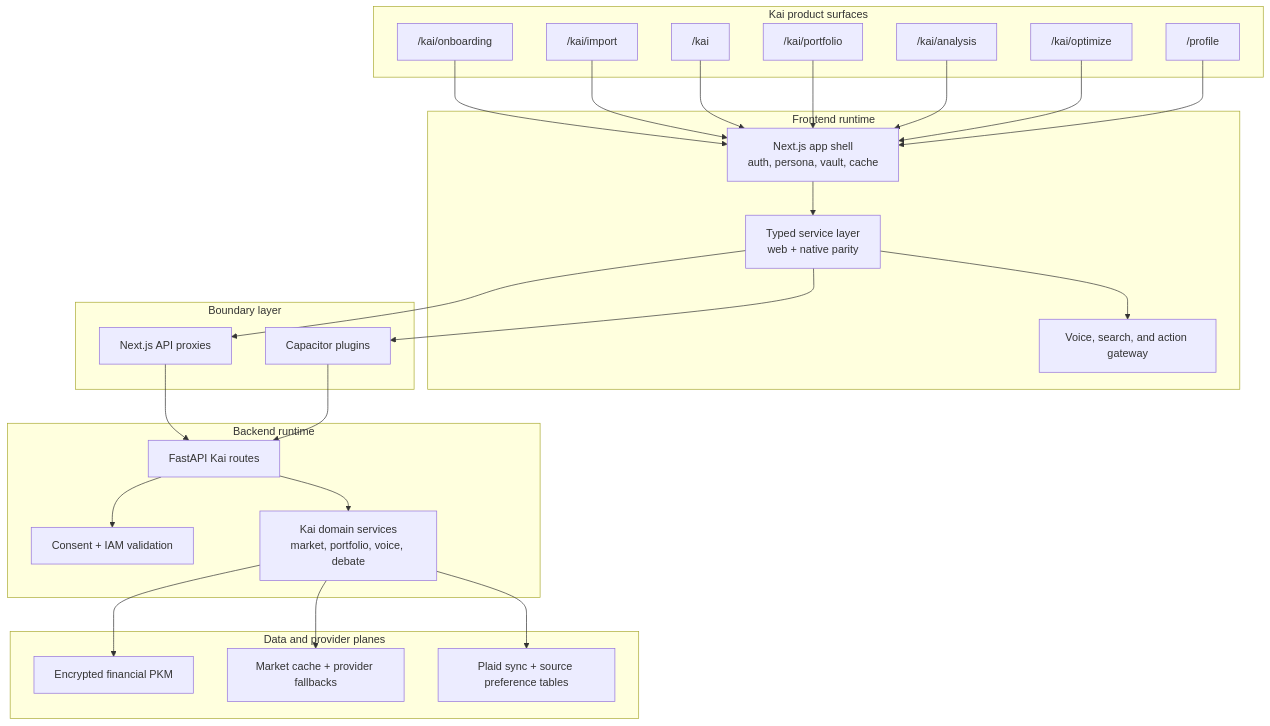
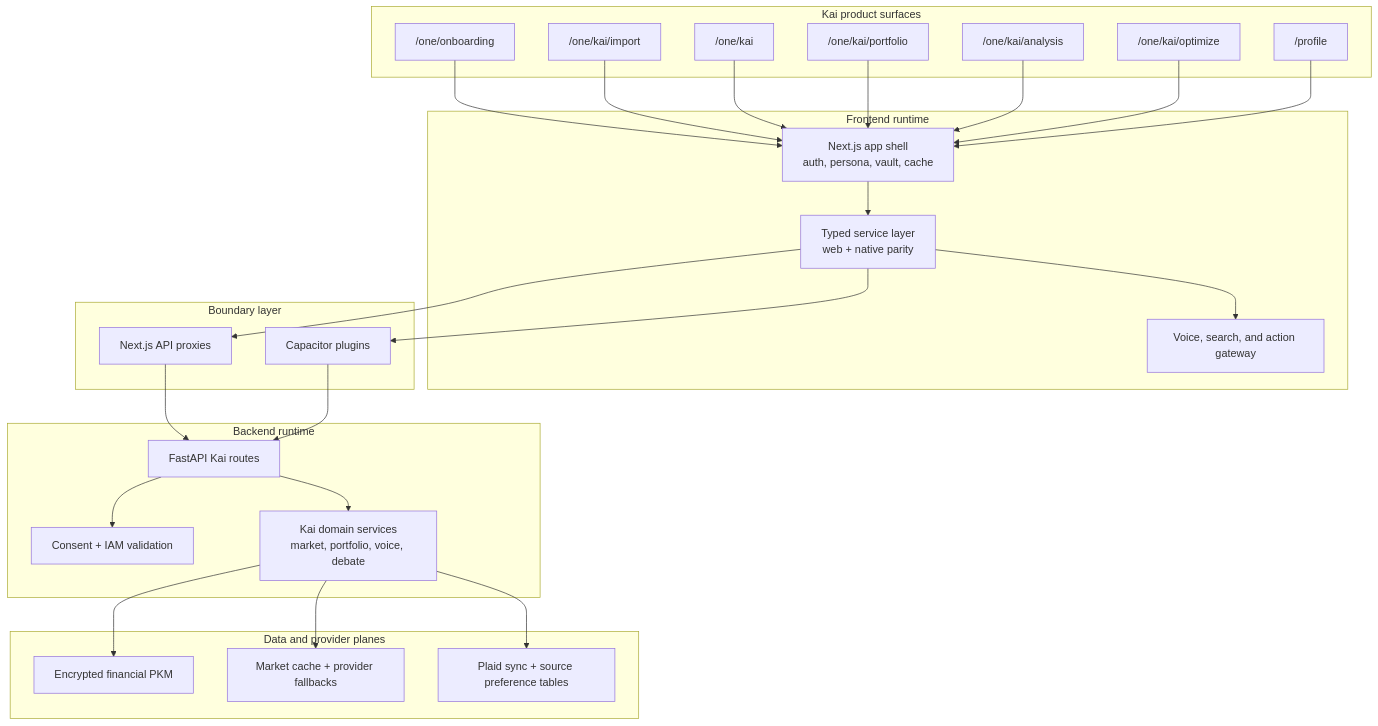
Before and after one commit to KARTHI-77/hushh-research: the diagram in docs/reference/kai/kai-architecture-specification-v1.md, drawn with Mermaid. The commit also changed other lines of this file and 99 other files, not shown here.

Commit message:
Refine One onboarding and data surfaces

````diff
--- a/docs/reference/kai/kai-architecture-specification-v1.md
+++ b/docs/reference/kai/kai-architecture-specification-v1.md
@@ -7,53 +7,53 @@
 ```mermaid
 flowchart TB
   subgraph surfaces["Kai product surfaces"]
-    onboarding["/kai/onboarding"]
-    import["/kai/import"]
-    home["/kai"]
-    portfolio["/kai/portfolio"]
-    analysis["/kai/analysis"]
-    optimize["/kai/optimize"]
+    onboarding["/one/onboarding"]
+    import["/one/kai/import"]
+    home["/one/kai"]
+    portfolio["/one/kai/portfolio"]
+    analysis["/one/kai/analysis"]
+    optimize["/one/kai/optimize"]
     profile["/profile"]
   end
 
   subgraph frontend["Frontend runtime"]
     shell["Next.js app shell<br/>auth, persona, vault, cache"]
     services["Typed service layer<br/>web + native parity"]
     action["Voice, search, and action gateway"]
   end
 
   subgraph boundary["Boundary layer"]
     next["Next.js API proxies"]
     native["Capacitor plugins"]
   end
 
   subgraph backend["Backend runtime"]
     routes["FastAPI Kai routes"]
     policy["Consent + IAM validation"]
     domain["Kai domain services<br/>market, portfolio, voice, debate"]
   end
 
   subgraph data["Data and provider planes"]
     pkm["Encrypted financial PKM"]
     cache["Market cache + provider fallbacks"]
     plaid["Plaid sync + source preference tables"]
   end
 
   onboarding --> shell
   import --> shell
   home --> shell
   portfolio --> shell
   analysis --> shell
   optimize --> shell
   profile --> shell
   shell --> services --> action
   services --> next
   services --> native
   next --> routes
   native --> routes
   routes --> policy
   routes --> domain
   domain --> pkm
   domain --> cache
   domain --> plaid
 ```
````
